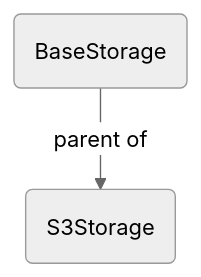
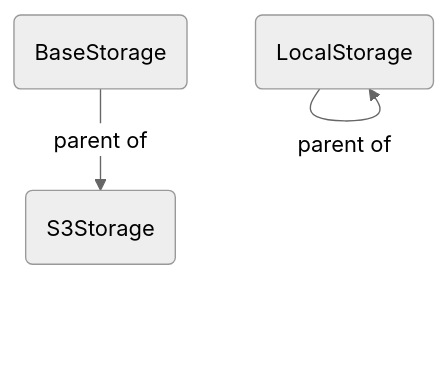
The second of 2 diagrams in README.md (bellingcat/auto-archiver), drawn with Mermaid (neutral theme) before and after one commit.

````diff
--- a/README.md
+++ b/README.md
@@ -92,4 +92,5 @@
 ```mermaid
 graph TD
     A(BaseStorage) -->|parent of| B(S3Storage)
+    C(BaseStorage) -->|parent of| C(LocalStorage)
 ```
````
